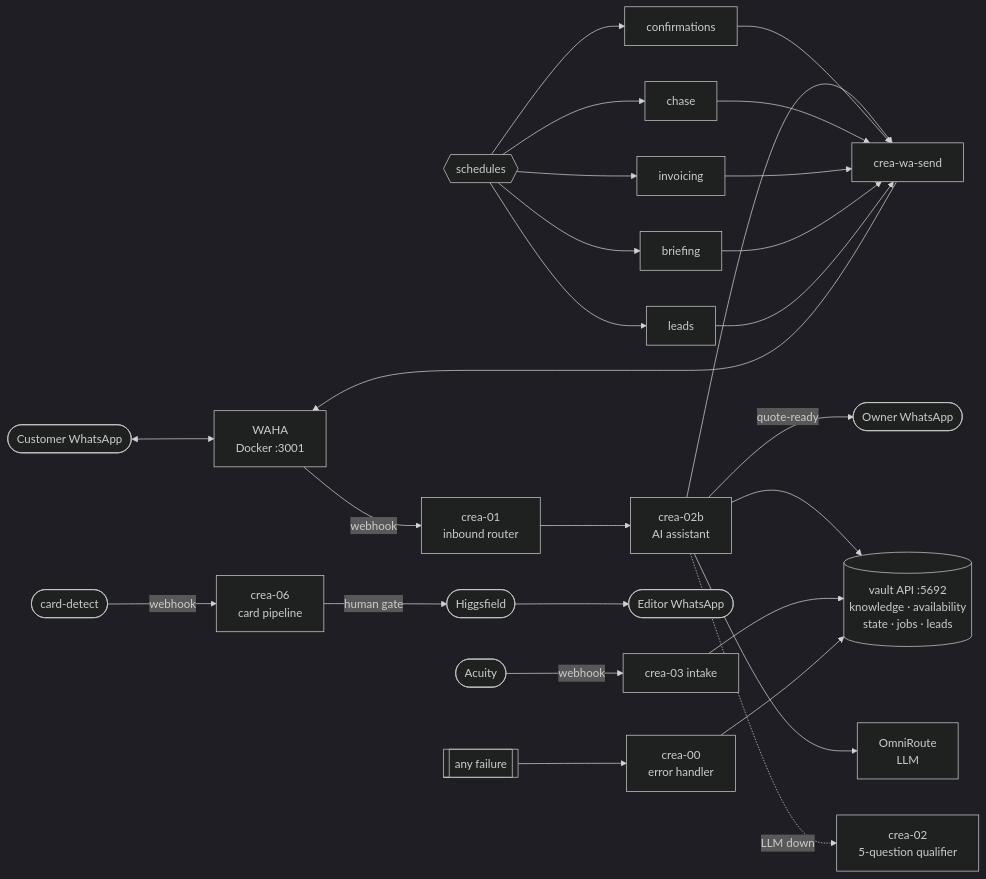
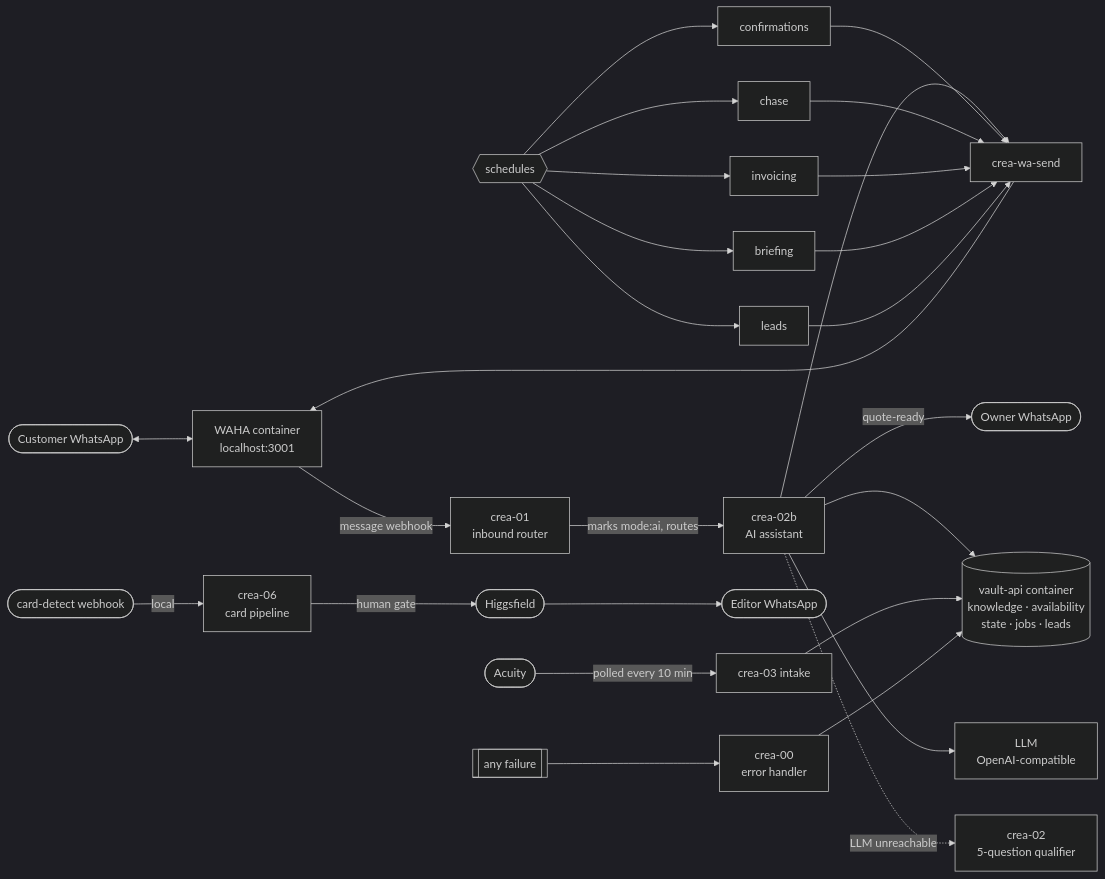
The diagram in n8n/README.md (skw-fuj/crea), drawn with Mermaid (dark theme) before and after one commit. The commit also changed other lines of this file and 17 other files, not shown here.

First line of the commit message:
n8n: CREA v2 — production deployment (Docker Compose, no public URL) (#5)

````diff
--- a/n8n/README.md
+++ b/n8n/README.md
@@ -34,16 +31,16 @@
 ```mermaid
 flowchart LR
-  cust([Customer WhatsApp]) <--> waha[WAHA<br/>Docker :3001]
-  waha -->|webhook| n01[crea-01<br/>inbound router]
-  n01 --> n02b[crea-02b<br/>AI assistant]
-  n02b -.->|LLM down| n02[crea-02<br/>5-question qualifier]
-  n02b --> vapi[(vault API :5692<br/>knowledge · availability<br/>state · jobs · leads)]
-  n02b --> omni[OmniRoute<br/>LLM]
+  cust([Customer WhatsApp]) <--> waha[WAHA container<br/>localhost:3001]
+  waha -->|message webhook| n01[crea-01<br/>inbound router]
+  n01 -->|marks mode:ai, routes| n02b[crea-02b<br/>AI assistant]
+  n02b -.->|LLM unreachable| n02[crea-02<br/>5-question qualifier]
+  n02b --> vapi[(vault-api container<br/>knowledge · availability<br/>state · jobs · leads)]
+  n02b --> llm[LLM<br/>OpenAI-compatible]
   n02b --> wsend[crea-wa-send] --> waha
   n02b -->|quote-ready| owner([Owner WhatsApp])
-  acuity([Acuity]) -->|webhook| n03[crea-03 intake] --> vapi
+  acuity([Acuity]) -->|polled every 10 min| n03[crea-03 intake] --> vapi
   sched{{schedules}} --> n04[confirmations] & n05[chase] & n07[invoicing] & n08[briefing] & n10[leads]
   n04 & n05 & n07 & n08 & n10 --> wsend
-  card([card-detect]) -->|webhook| n06[crea-06<br/>card pipeline] -->|human gate| higgs([Higgsfield]) --> editor([Editor WhatsApp])
+  card([card-detect webhook]) -->|local| n06[crea-06<br/>card pipeline] -->|human gate| higgs([Higgsfield]) --> editor([Editor WhatsApp])
   anyfail[[any failure]] --> n00[crea-00<br/>error handler] --> vapi
 ```
````
